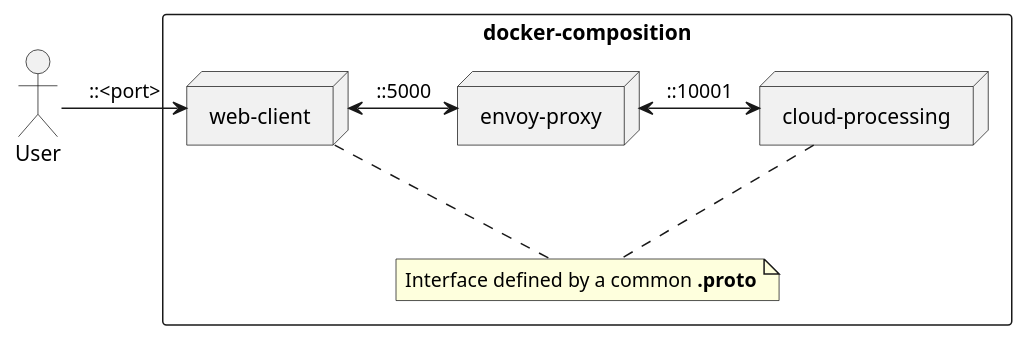
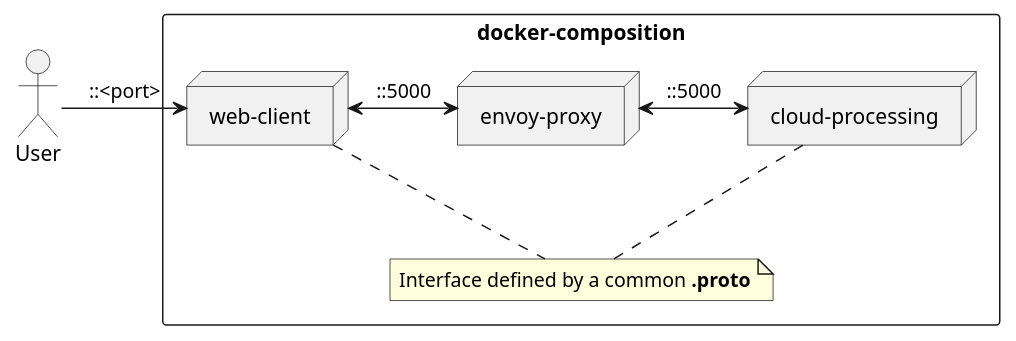
One commit to Duna-System/duna-cloud-processing-client changed the diagram in docs/architecture.puml. Above: the diagram before and after it, drawn with PlantUML. The commit also changed 1 other file, not shown here.

```diff
--- a/docs/architecture.puml
+++ b/docs/architecture.puml
@@ -1,33 +1,33 @@
 @startuml duna-processing-architecture
 
 actor User
 
 rectangle docker-composition {
     
 node web-client as WC {
 
 }    
 node envoy-proxy as EP {
 
 }
 
 node cloud-processing as CP {
 
 }
 
 note as N1 
 Interface defined by a common <b>.proto
 end note
 }
 
 
 ' Relations
 User -> WC: "::<port>" 
 WC <-> EP: "::5000"
-EP <-> CP: "::10001"
+EP <-> CP: "::5000"
 
 WC .. N1
 CP .. N1
 
 
 @enduml
```
